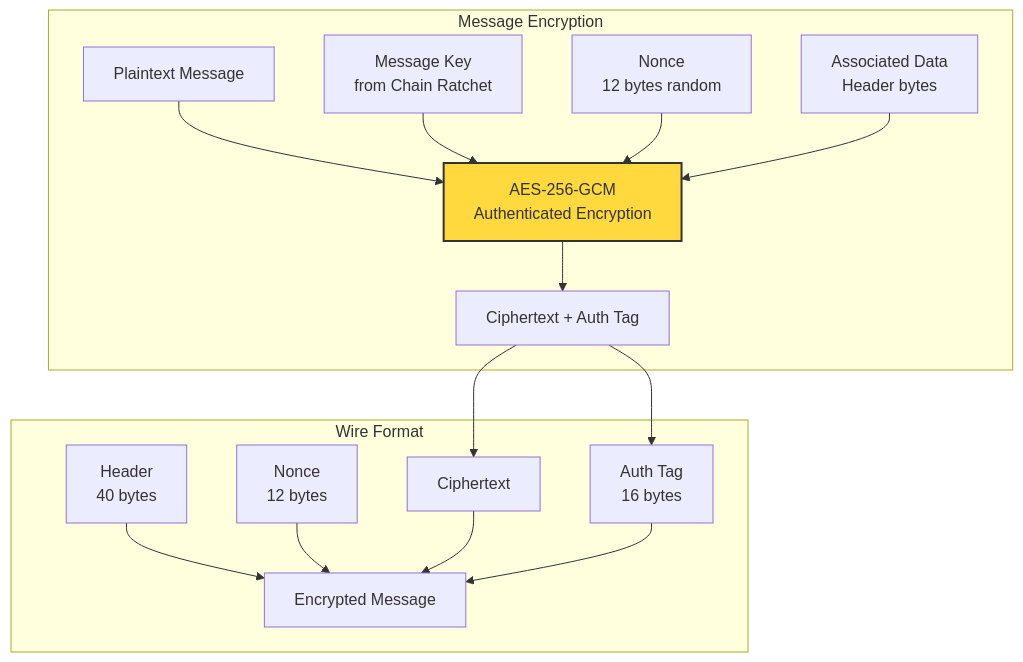
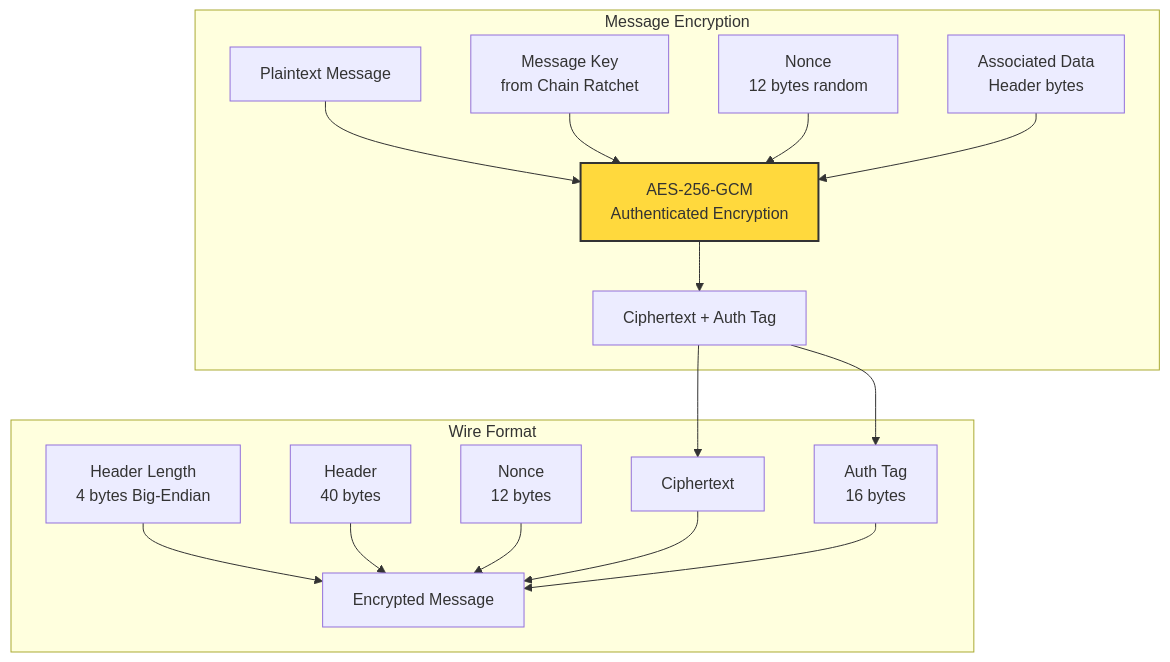
The eighth of 17 diagrams in docs/ENCRYPTION_ARCHITECTURE.md (guardyn/guardyn), drawn with Mermaid before and after one commit. The commit also changed other lines of this file, not shown here.

First line of the commit message:
docs: update encryption architecture documentation

````diff
--- a/docs/ENCRYPTION_ARCHITECTURE.md
+++ b/docs/ENCRYPTION_ARCHITECTURE.md
@@ -356,33 +356,35 @@
 ```mermaid
 graph TB
     subgraph "Message Encryption"
         PT[Plaintext Message]
         MK[Message Key<br/>from Chain Ratchet]
         NONCE[Nonce<br/>12 bytes random]
         AAD[Associated Data<br/>Header bytes]
 
         PT --> AES[AES-256-GCM<br/>Authenticated Encryption]
         MK --> AES
         NONCE --> AES
         AAD --> AES
 
         AES --> CT[Ciphertext + Auth Tag]
     end
 
     subgraph "Wire Format"
+        HDR_LEN[Header Length<br/>4 bytes Big-Endian]
         HDR[Header<br/>40 bytes]
         WIRE_NONCE[Nonce<br/>12 bytes]
         CIPHER[Ciphertext]
         TAG[Auth Tag<br/>16 bytes]
 
-        HDR --> MSG[Encrypted Message]
+        HDR_LEN --> MSG[Encrypted Message]
+        HDR --> MSG
         WIRE_NONCE --> MSG
         CIPHER --> MSG
         TAG --> MSG
     end
 
     CT --> CIPHER
     CT --> TAG
 
     style AES fill:#FFD93D,stroke:#333,stroke-width:2px
 ```
````
